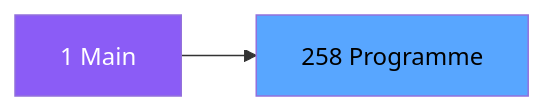
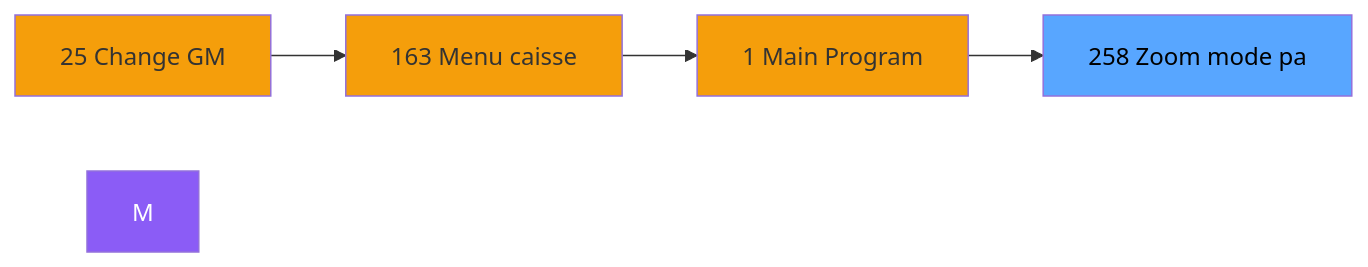
The second of 3 diagrams in .openspec/specs/ADH-IDE-258.md (thonyAGP/magic-migration), drawn with Mermaid before and after one commit. The commit also changed other lines of this file and 323 other files, not shown here.

````diff
--- a/.openspec/specs/ADH-IDE-258.md
+++ b/.openspec/specs/ADH-IDE-258.md
@@ -98,8 +116,15 @@
 ```mermaid
 graph LR
-    M[1 Main]
-    T[258 Programme]
-    M --> T
+    N25[25 Change GM]
+    N163[163 Menu caisse ]
+    N1[1 Main Program]
+    T[258 Zoom mode pa]
+    N25 --> N163
+    N163 --> N1
+    N1 --> T
     style M fill:#8b5cf6,color:#fff
+    style N25 fill:#f59e0b
+    style N163 fill:#f59e0b
+    style N1 fill:#f59e0b
     style T fill:#58a6ff,color:#000
 ```
````
